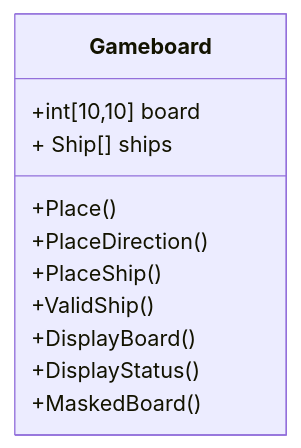
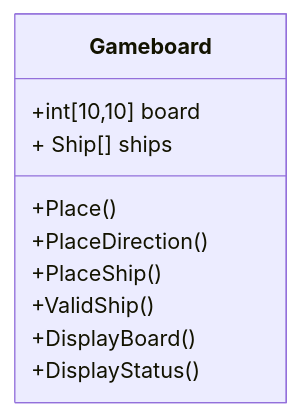
Before and after one commit to Jackpang-kings/Battleships: the second of 3 diagrams in README.md, drawn with Mermaid. The commit also changed other lines of this file and 11 other files, not shown here.

````diff
--- a/README.md
+++ b/README.md
@@ -89,27 +87,25 @@
 ```mermaid
 
     classDiagram
 
         class Gameboard{
 
             +int[10,10] board
 
             + Ship[] ships
 
             +Place()
 
             +PlaceDirection()
 
             +PlaceShip()
 
             +ValidShip()
 
             +DisplayBoard()
 
             +DisplayStatus()
 
-            +MaskedBoard()
-
         }
 
 ```
````
